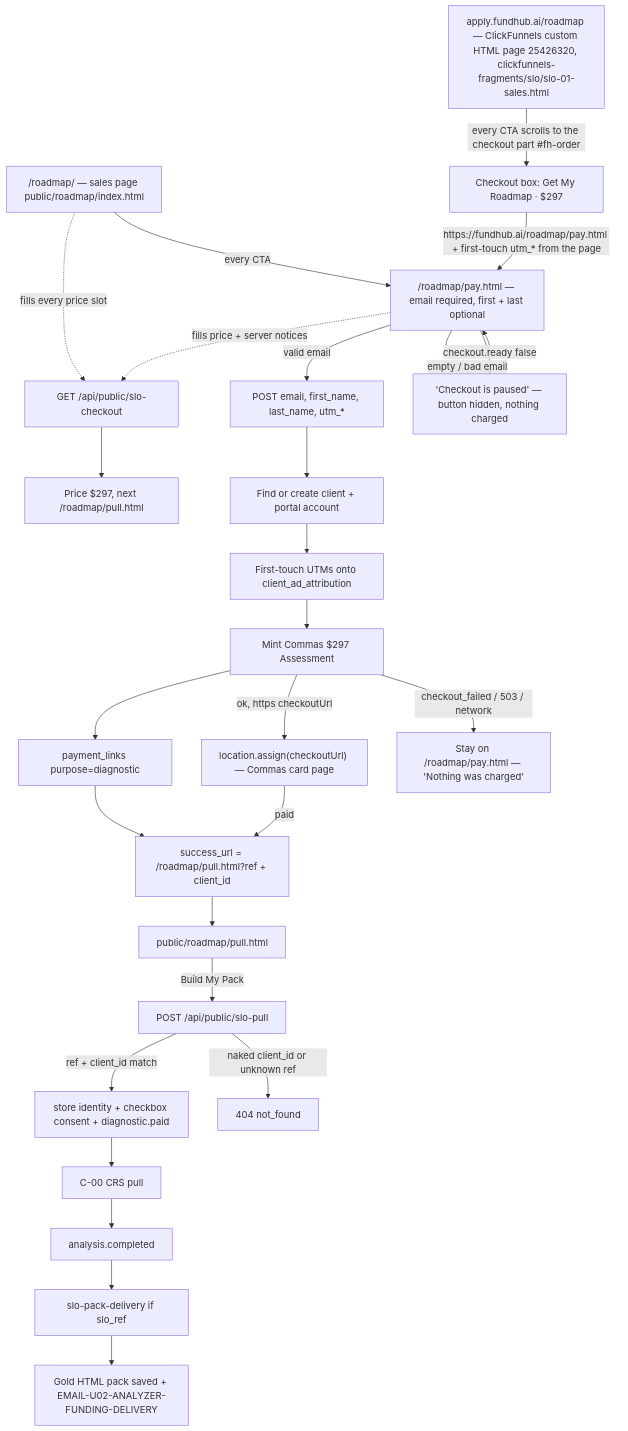
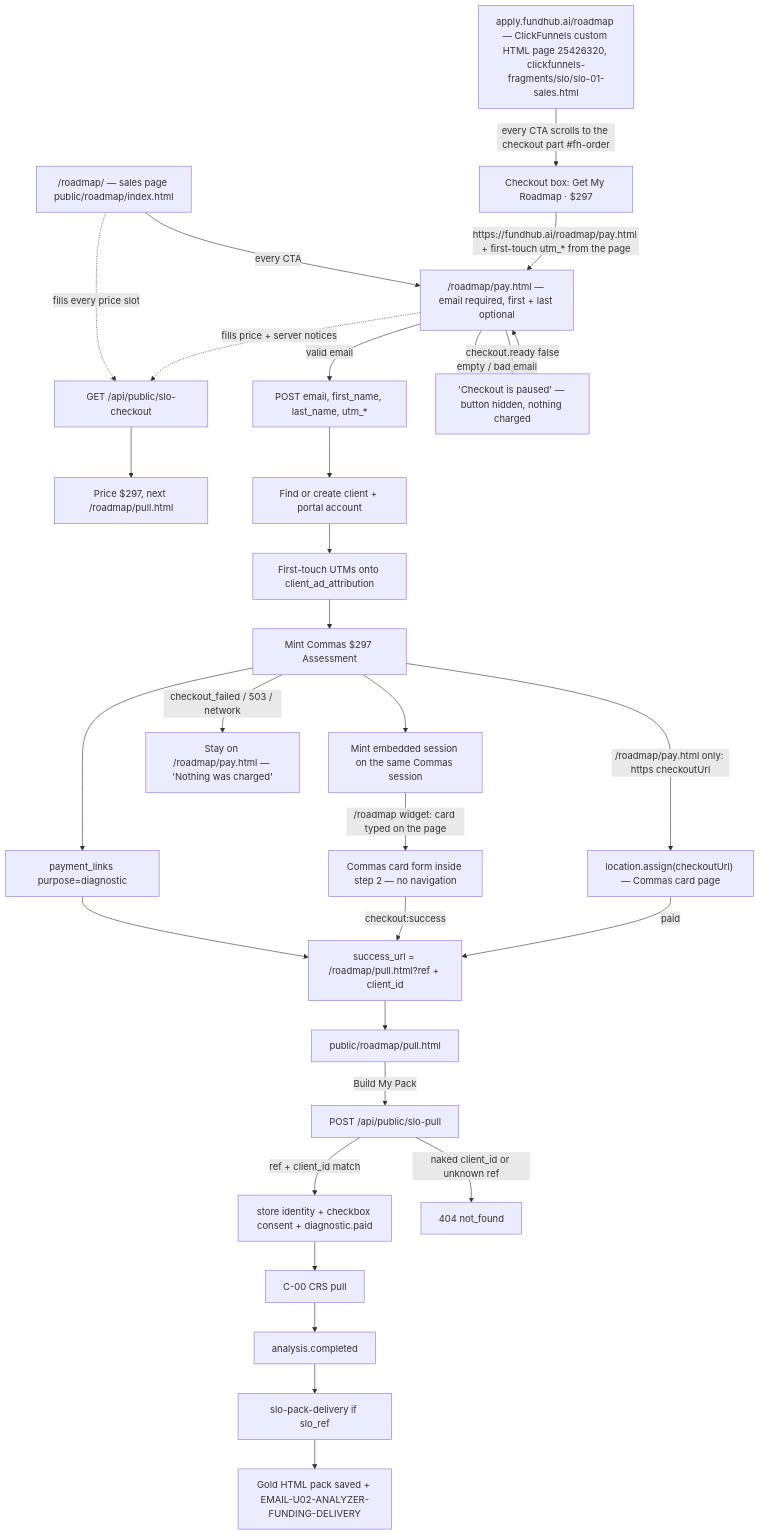
Before and after one commit to ZootimusMaximusSupreme/Fundhub_ai: the diagram in docs/journeys/slo-offer-actual.md, drawn with Mermaid. The commit also changed other lines of this file and 3 other files, not shown here.

First line of the commit message:
fix(slo): size the /roadmap card form so the boxes are not cut off

````diff
--- a/docs/journeys/slo-offer-actual.md
+++ b/docs/journeys/slo-offer-actual.md
@@ -9,28 +9,31 @@
 ```mermaid
 flowchart TD
   S["/roadmap/ — sales page public/roadmap/index.html"] -->|every CTA| P["/roadmap/pay.html — email required, first + last optional"]
   CF["apply.fundhub.ai/roadmap — ClickFunnels custom HTML page 25426320, clickfunnels-fragments/slo/slo-01-sales.html"] -->|"every CTA scrolls to the checkout part #fh-order"| CFB["Checkout box: Get My Roadmap · $297"]
   CFB -->|"https://fundhub.ai/roadmap/pay.html + first-touch utm_* from the page"| P
   S -. fills every price slot .-> A
   P -. fills price + server notices .-> A
   A["GET /api/public/slo-checkout"] --> B["Price $297, next /roadmap/pull.html"]
   P -->|"valid email"| C
   P -->|"empty / bad email"| P
   P -->|"checkout.ready false"| PAUSE["'Checkout is paused' — button hidden, nothing charged"]
   C["POST email, first_name, last_name, utm_*"] --> D["Find or create client + portal account"]
   D --> ATTR["First-touch UTMs onto client_ad_attribution"]
   ATTR --> E["Mint Commas $297 Assessment"]
   E --> F["payment_links purpose=diagnostic"]
   F --> G["success_url = /roadmap/pull.html?ref + client_id"]
-  E -->|"ok, https checkoutUrl"| CARD["location.assign(checkoutUrl) — Commas card page"]
+  E --> EMB["Mint embedded session on the same Commas session"]
+  EMB -->|"/roadmap widget: card typed on the page"| CARDIN["Commas card form inside step 2 — no navigation"]
+  E -->|"/roadmap/pay.html only: https checkoutUrl"| CARD["location.assign(checkoutUrl) — Commas card page"]
   E -->|"checkout_failed / 503 / network"| PFAIL["Stay on /roadmap/pay.html — 'Nothing was charged'"]
+  CARDIN -->|"checkout:success"| G
   CARD -->|paid| G
   G --> H["public/roadmap/pull.html"]
   H -->|"Build My Pack"| I["POST /api/public/slo-pull"]
   I -->|"ref + client_id match"| J["store identity + checkbox consent + diagnostic.paid"]
   I -->|"naked client_id or unknown ref"| K["404 not_found"]
   J --> L["C-00 CRS pull"]
   L --> M["analysis.completed"]
   M --> N["slo-pack-delivery if slo_ref"]
   N --> O["Gold HTML pack saved + EMAIL-U02-ANALYZER-FUNDING-DELIVERY"]
 ```
````
